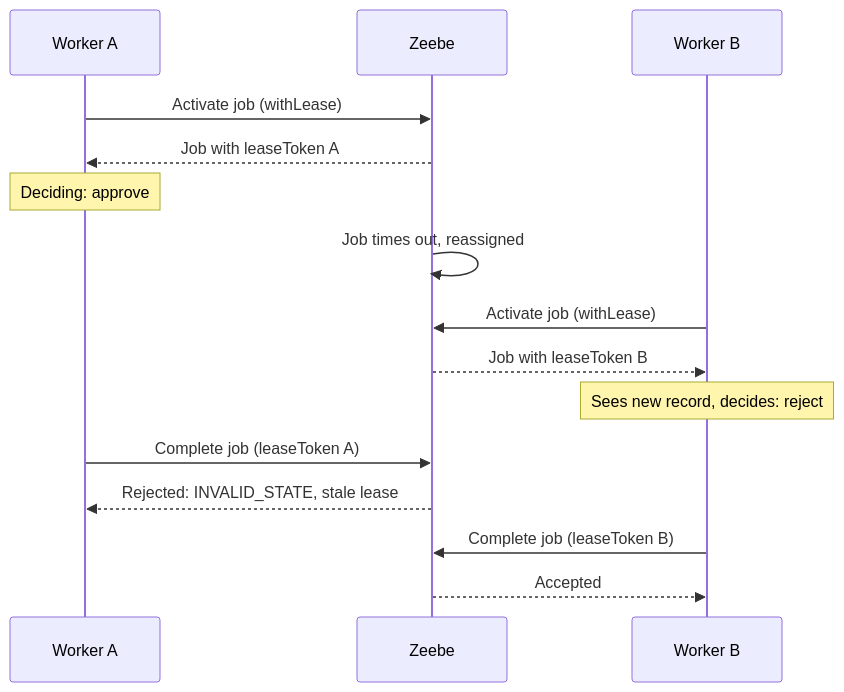
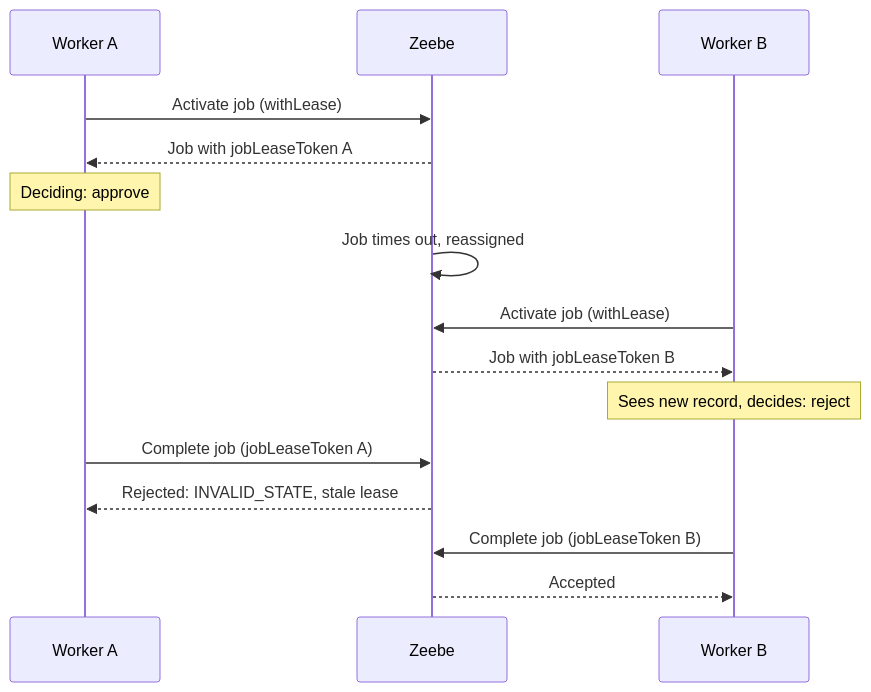
One commit to bpmnkit/monorepo changed the second of 3 diagrams in packages/camunda-docspack/.llms/chunks/components.concepts.job-workers.job-leasing.md. Above: the diagram before and after it, drawn with Mermaid. The commit also changed other lines of this file and 16 other files, not shown here.

````diff
--- a/packages/camunda-docspack/.llms/chunks/components.concepts.job-workers.job-leasing.md
+++ b/packages/camunda-docspack/.llms/chunks/components.concepts.job-workers.job-leasing.md
@@ -28,18 +28,18 @@
 ```mermaid
 sequenceDiagram
     participant A as Worker A
     participant Z as Zeebe
     participant B as Worker B
 
     A->>Z: Activate job (withLease)
-    Z-->>A: Job with leaseToken A
+    Z-->>A: Job with jobLeaseToken A
     Note over A: Deciding: approve
     Z->>Z: Job times out, reassigned
     B->>Z: Activate job (withLease)
-    Z-->>B: Job with leaseToken B
+    Z-->>B: Job with jobLeaseToken B
     Note over B: Sees new record, decides: reject
-    A->>Z: Complete job (leaseToken A)
+    A->>Z: Complete job (jobLeaseToken A)
     Z-->>A: Rejected: INVALID_STATE, stale lease
-    B->>Z: Complete job (leaseToken B)
+    B->>Z: Complete job (jobLeaseToken B)
     Z-->>B: Accepted
 ```
````
